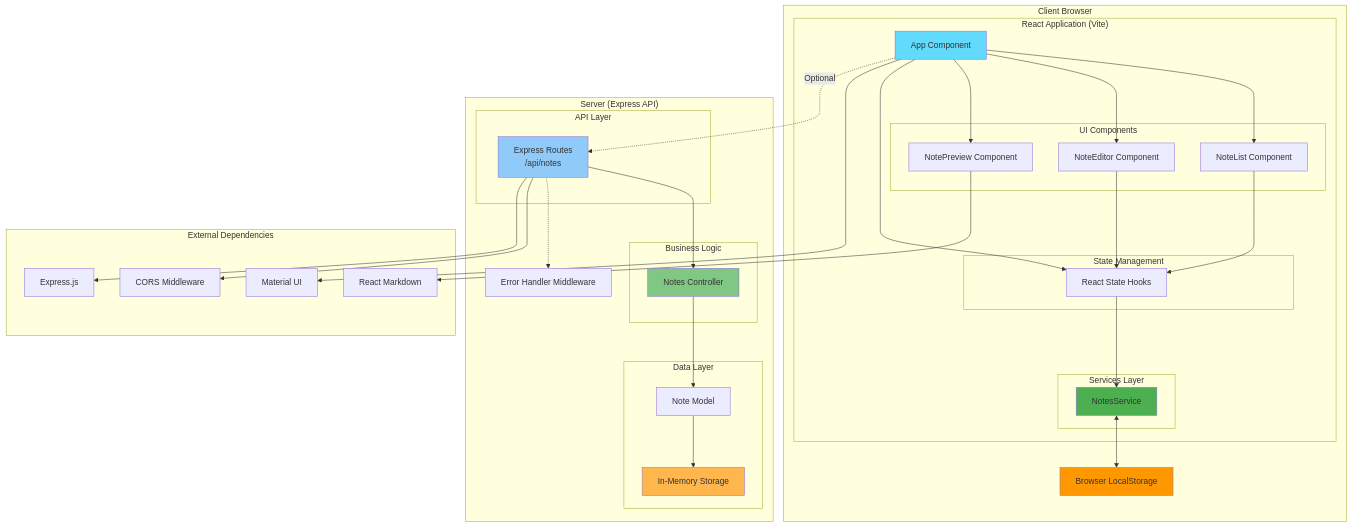
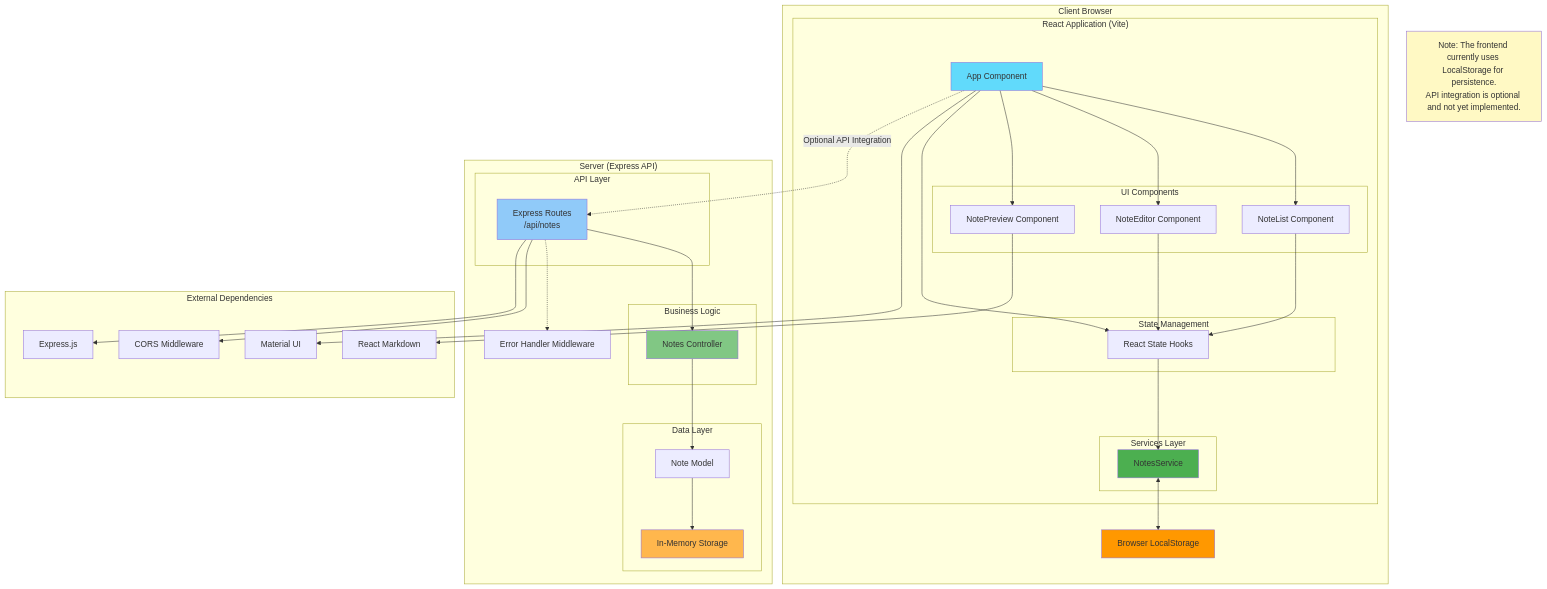
The first of 5 diagrams in ARCHITECTURE.md (colbylwilliams/notes-md), drawn with Mermaid before and after one commit. The commit also changed other lines of this file, not shown here.

Commit message:
Address code review feedback - improve diagram clarity and accuracy

````diff
--- a/ARCHITECTURE.md
+++ b/ARCHITECTURE.md
@@ -7,76 +9,79 @@
 ```mermaid
 graph TB
     subgraph "Client Browser"
         subgraph "React Application (Vite)"
             UI[App Component]
             
             subgraph "UI Components"
                 NL[NoteList Component]
                 NE[NoteEditor Component]
                 NP[NotePreview Component]
             end
             
             subgraph "Services Layer"
                 NS[NotesService]
             end
             
             subgraph "State Management"
                 ST[React State Hooks]
             end
             
             UI --> NL
             UI --> NE
             UI --> NP
             UI --> ST
             ST --> NS
             NL --> ST
             NE --> ST
         end
         
         LS[Browser LocalStorage]
         NS <--> LS
     end
     
     subgraph "Server (Express API)"
         subgraph "API Layer"
             RT[Express Routes<br/>/api/notes]
         end
         
         subgraph "Business Logic"
             NC[Notes Controller]
         end
         
         subgraph "Data Layer"
             NM[Note Model]
             MEM[In-Memory Storage]
         end
         
         MW[Error Handler Middleware]
         
         RT --> NC
         NC --> NM
         NM --> MEM
         RT -.-> MW
     end
     
     subgraph "External Dependencies"
         MUI[Material UI]
         MD[React Markdown]
         EX[Express.js]
         CORS[CORS Middleware]
     end
     
     UI --> MUI
     NP --> MD
     RT --> CORS
     RT --> EX
     
-    UI -.Optional.-> RT
+    UI -.Optional API Integration.-> RT
+    
+    Note1[Note: The frontend currently uses LocalStorage for persistence.<br/>API integration is optional and not yet implemented.]
     
     style UI fill:#61dafb
+    style Note1 fill:#fff9c4
     style NS fill:#4caf50
     style LS fill:#ff9800
     style RT fill:#90caf9
     style NC fill:#81c784
     style MEM fill:#ffb74d
 ```
````
